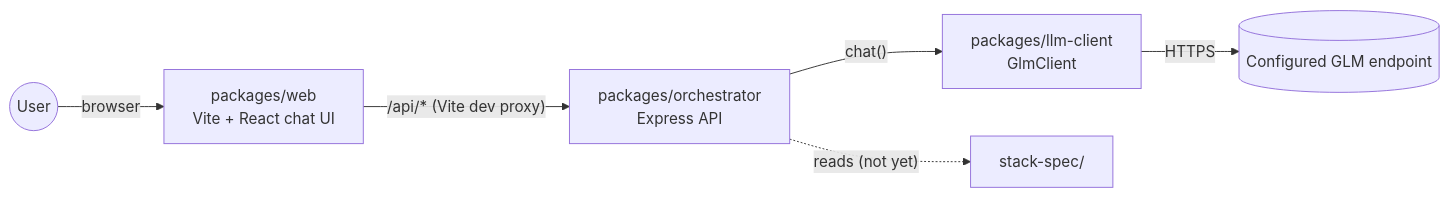
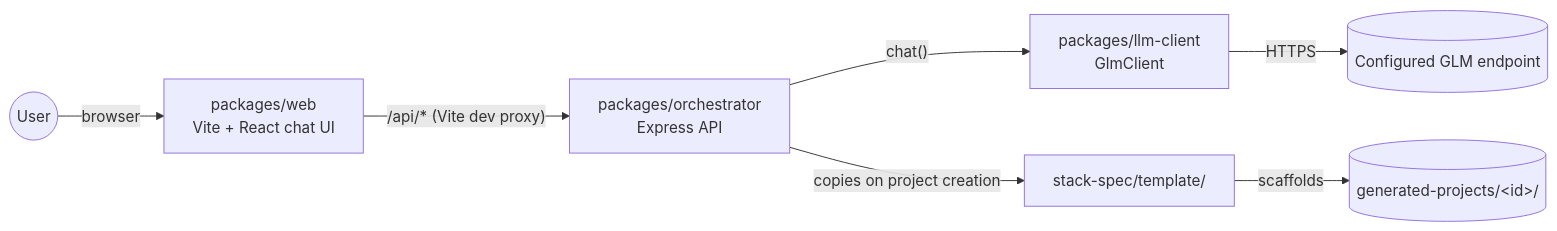
The first of 2 diagrams in docs/blueprints/architecture.md (theprogrammerin/product-builder), drawn with Mermaid before and after one commit. The commit also changed other lines of this file and 38 other files, not shown here.

First line of the commit message:
Add project scaffolding: locked-stack template copied on project creation

````diff
--- a/docs/blueprints/architecture.md
+++ b/docs/blueprints/architecture.md
@@ -10,8 +10,9 @@
 ```mermaid
 flowchart LR
     User(("User")) -->|browser| Web["packages/web<br/>Vite + React chat UI"]
     Web -->|"/api/* (Vite dev proxy)"| Orchestrator["packages/orchestrator<br/>Express API"]
     Orchestrator -->|"chat()"| LLMClient["packages/llm-client<br/>GlmClient"]
     LLMClient -->|HTTPS| GLM[("Configured GLM endpoint")]
-    Orchestrator -.->|"reads (not yet)"| StackSpec["stack-spec/"]
+    Orchestrator -->|"copies on project creation"| StackSpec["stack-spec/template/"]
+    StackSpec -->|scaffolds| Workspace[("generated-projects/&lt;id&gt;/")]
 ```
````
